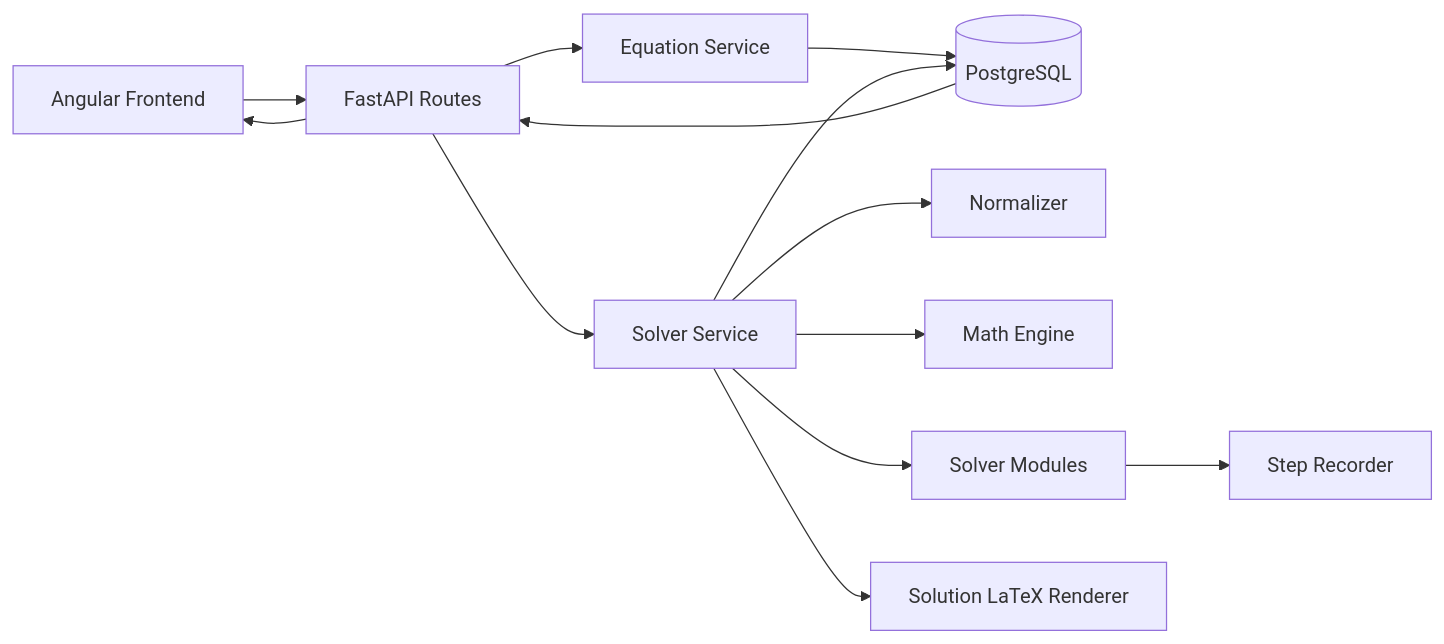
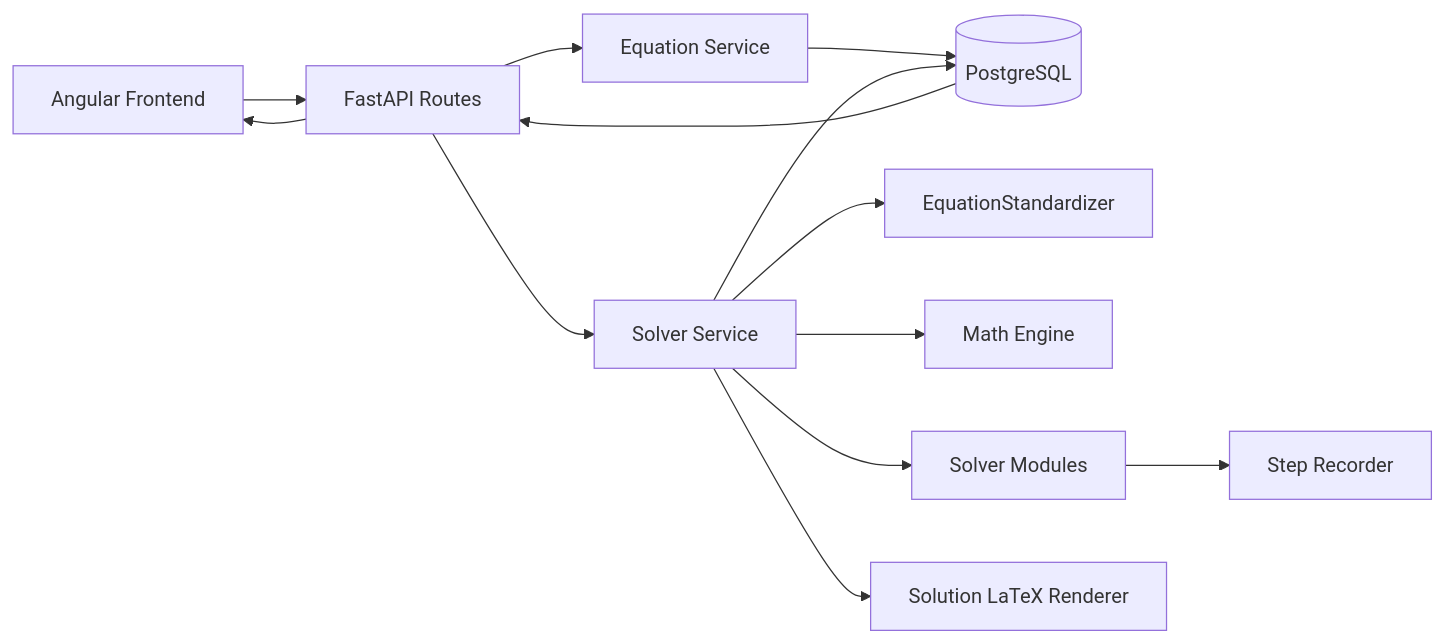
Before and after one commit to shahidagha/linear-equation-solver: the first of 3 diagrams in TECHNICAL_ARCHITECTURE_REPORT.md, drawn with Mermaid. The commit also changed other lines of this file and 9 other files, not shown here.

````diff
--- a/TECHNICAL_ARCHITECTURE_REPORT.md
+++ b/TECHNICAL_ARCHITECTURE_REPORT.md
@@ -238,15 +238,15 @@
 ```mermaid
 flowchart LR
   UI[Angular Frontend] --> API[FastAPI Routes]
   API --> ES[Equation Service]
   API --> SS[Solver Service]
   ES --> DB[(PostgreSQL)]
-  SS --> N[Normalizer]
+  SS --> N[EquationStandardizer]
   SS --> ME[Math Engine]
   SS --> SOLV[Solver Modules]
   SOLV --> REC[Step Recorder]
   SS --> LATEX[Solution LaTeX Renderer]
   SS --> DB
   DB --> API
   API --> UI
 ```
````
